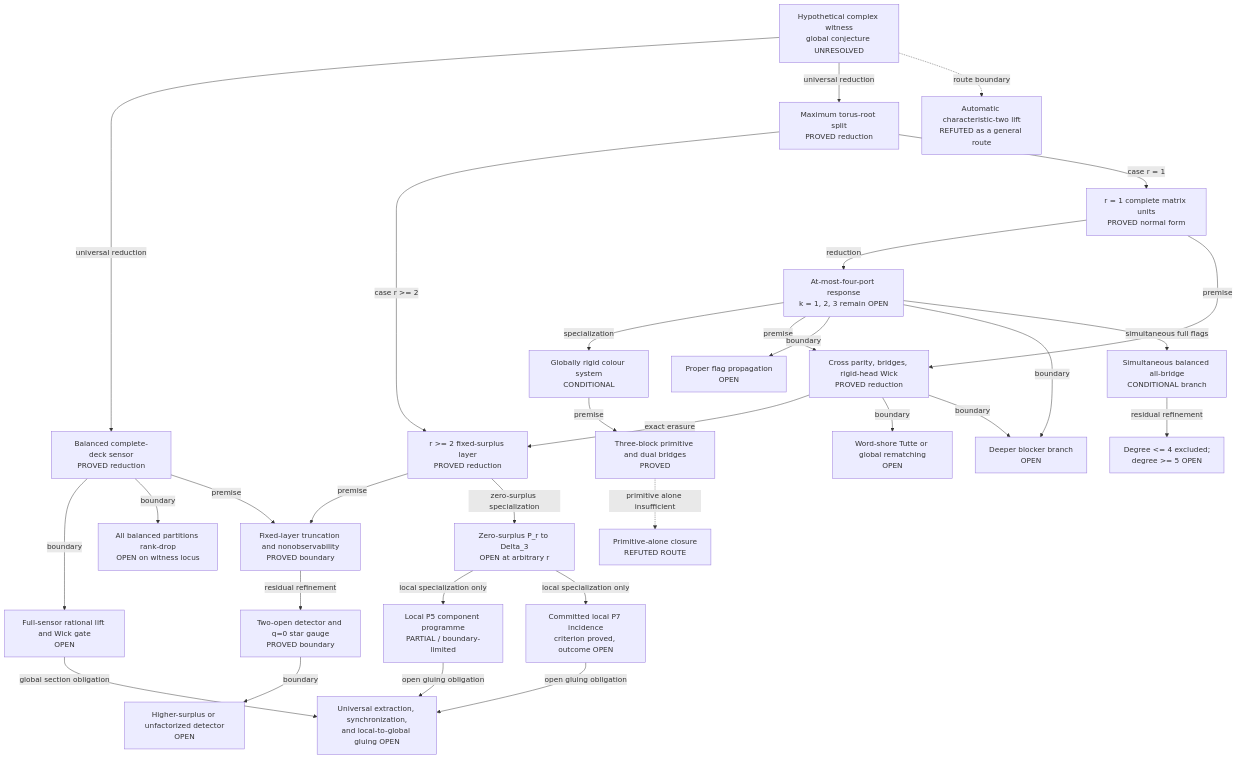
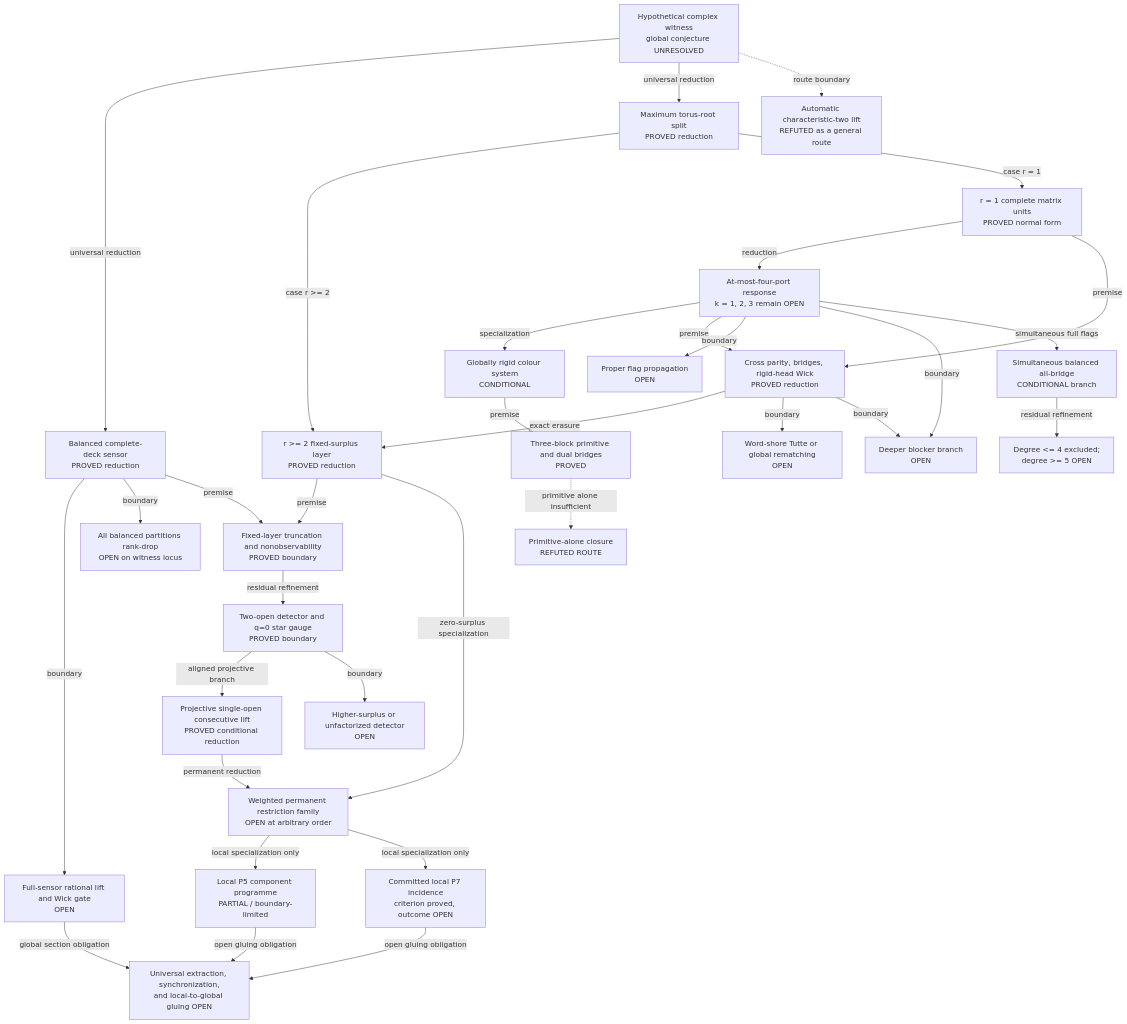
The diagram in docs/current-frontier.md (YesterdaysLemon/krenn-gu-research), drawn with Mermaid before and after one commit. The commit also changed other lines of this file and 6 other files, not shown here.

Commit message:
Prove consecutive single-open permanent lift (#84)

````diff
--- a/docs/current-frontier.md
+++ b/docs/current-frontier.md
@@ -42,67 +43,70 @@
 ```mermaid
 flowchart TD
   G0["Hypothetical complex witness<br/>global conjecture UNRESOLVED"]
 
   S1["Balanced complete-deck sensor<br/>PROVED reduction"]
   S2["Full-sensor rational lift and Wick gate<br/>OPEN"]
   S3["All balanced partitions rank-drop<br/>OPEN on witness locus"]
 
   M1["Maximum torus-root split<br/>PROVED reduction"]
   M2["r >= 2 fixed-surplus layer<br/>PROVED reduction"]
-  PR["Zero-surplus P_r to Delta_3<br/>OPEN at arbitrary r"]
+  PR["Weighted permanent restriction family<br/>OPEN at arbitrary order"]
   O1["Fixed-layer truncation and nonobservability<br/>PROVED boundary"]
   O2["Two-open detector and q=0 star gauge<br/>PROVED boundary"]
+  O2P["Projective single-open consecutive lift<br/>PROVED conditional reduction"]
   O3["Higher-surplus or unfactorized detector<br/>OPEN"]
 
   U1["r = 1 complete matrix units<br/>PROVED normal form"]
   U2["At-most-four-port response<br/>k = 1, 2, 3 remain OPEN"]
   U3["Globally rigid colour system<br/>CONDITIONAL"]
   U4["Three-block primitive and dual bridges<br/>PROVED"]
   U5["Primitive-alone closure<br/>REFUTED ROUTE"]
   U6["Cross parity, bridges, rigid-head Wick<br/>PROVED reduction"]
   U7["Word-shore Tutte or global rematching<br/>OPEN"]
   U8["Proper flag propagation<br/>OPEN"]
   D1["Deeper blocker branch<br/>OPEN"]
 
   A1["Simultaneous balanced all-bridge<br/>CONDITIONAL branch"]
   A2["Degree <= 4 excluded;<br/>degree >= 5 OPEN"]
 
   P5["Local P5 component programme<br/>PARTIAL / boundary-limited"]
   P7["Committed local P7 incidence<br/>criterion proved, outcome OPEN"]
   GL["Universal extraction, synchronization,<br/>and local-to-global gluing OPEN"]
   C2["Automatic characteristic-two lift<br/>REFUTED as a general route"]
 
   G0 -->|universal reduction| S1
   S1 -->|boundary| S2
   S1 -->|boundary| S3
 
   G0 -->|universal reduction| M1
   M1 -->|case r >= 2| M2
   M1 -->|case r = 1| U1
   S1 -->|premise| O1
   M2 -->|premise| O1
   O1 -->|residual refinement| O2
+  O2 -->|aligned projective branch| O2P
+  O2P -->|permanent reduction| PR
   O2 -->|boundary| O3
   M2 -->|zero-surplus specialization| PR
 
   U1 -->|reduction| U2
   U2 -->|specialization| U3
   U3 -->|premise| U4
   U4 -. primitive alone insufficient .-> U5
   U1 -->|premise| U6
   U2 -->|premise| U6
   U6 -->|exact erasure| M2
   U6 -->|boundary| U7
   U2 -->|boundary| U8
   U2 -->|boundary| D1
   U6 -->|boundary| D1
   U2 -->|simultaneous full flags| A1
   A1 -->|residual refinement| A2
 
   PR -->|local specialization only| P5
   PR -->|local specialization only| P7
   P5 -->|open gluing obligation| GL
   P7 -->|open gluing obligation| GL
   S2 -->|global section obligation| GL
   G0 -. route boundary .-> C2
 ```
````
